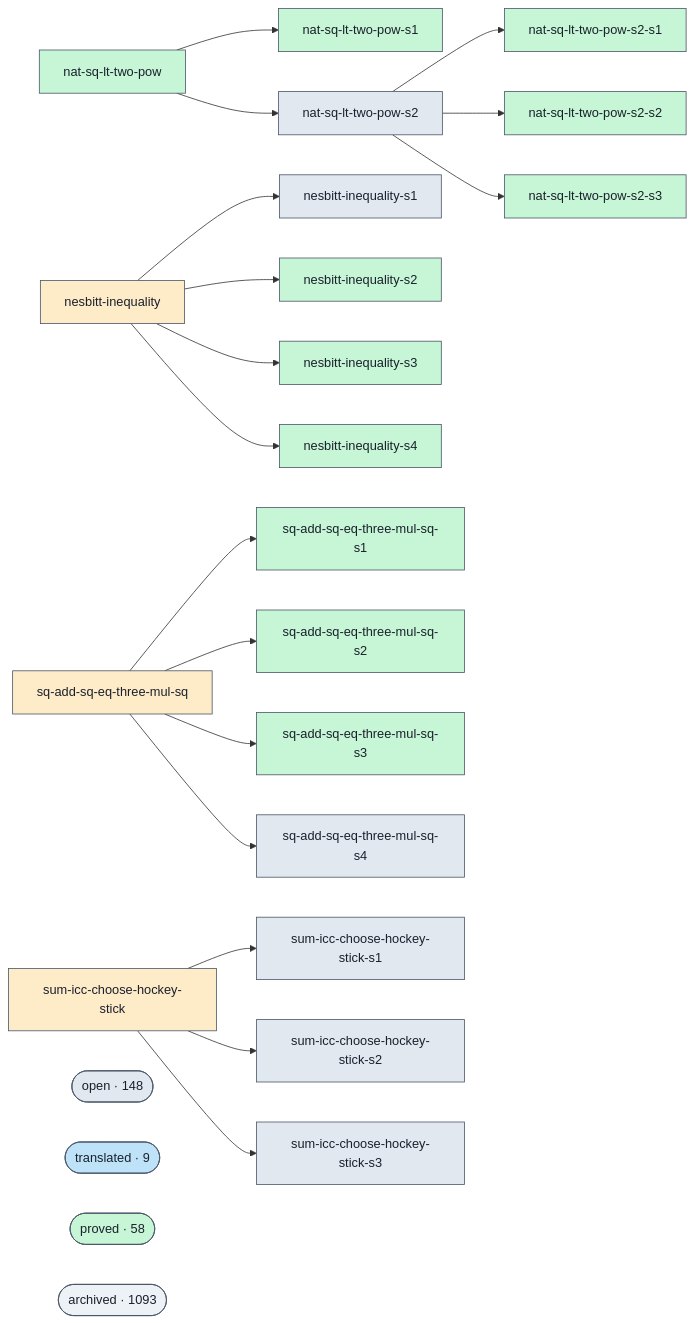
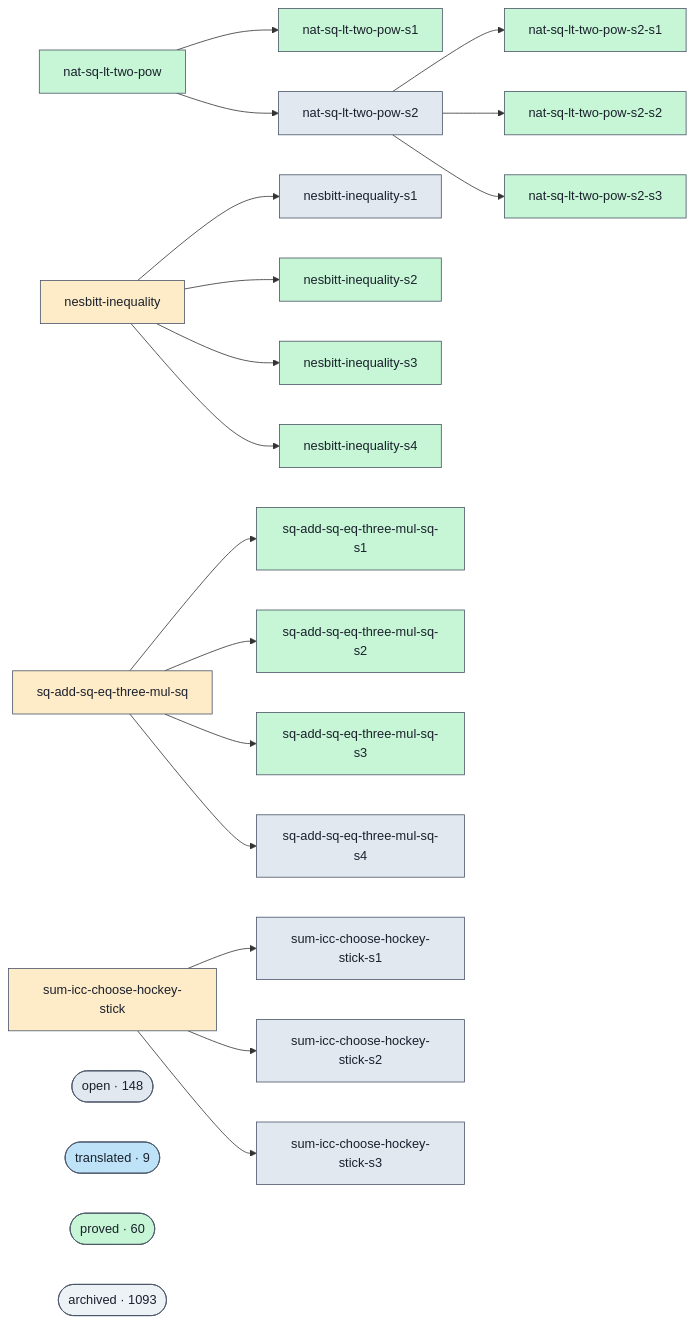
Before and after one commit to ohdearquant/unsorry: the diagram in docs/proofs-contributors-visualisation.md, drawn with Mermaid. The commit also changed other lines of this file and 2 other files, not shown here.

```diff
--- a/docs/proofs-contributors-visualisation.md
+++ b/docs/proofs-contributors-visualisation.md
@@ -102,7 +102,7 @@
   class cluster_open open;
   cluster_translated(["translated · 9"])
   class cluster_translated translated;
-  cluster_proved(["proved · 58"])
+  cluster_proved(["proved · 60"])
   class cluster_proved proved;
   cluster_archived(["archived · 1093"])
   class cluster_archived unknown;
```
